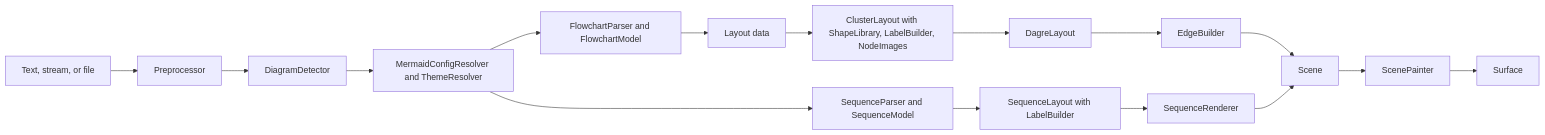
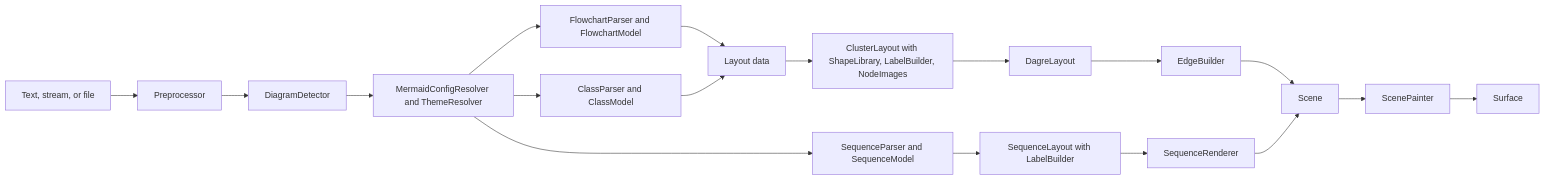
Before and after one commit to demaconsulting/CanvasNet: the diagram in docs/design/canvas-net-mermaid.md, drawn with Mermaid. The commit also changed other lines of this file and 228 other files, not shown here.

First line of the commit message:
Mermaid Phase 2a: native class diagrams (unified renderer + dagre), Viewer, CLI and Pandoc support (#126)

````diff
--- a/docs/design/canvas-net-mermaid.md
+++ b/docs/design/canvas-net-mermaid.md
@@ -163,18 +175,20 @@
 ```mermaid
 flowchart LR
     T[Text, stream, or file] --> P[Preprocessor]
     P --> D[DiagramDetector]
     D --> C[MermaidConfigResolver and ThemeResolver]
     C --> F[FlowchartParser and FlowchartModel]
     F --> L[Layout data]
     L --> R[ClusterLayout with ShapeLibrary, LabelBuilder, NodeImages]
     R --> G[DagreLayout]
     G --> E[EdgeBuilder]
     E --> S[Scene]
     C --> Q[SequenceParser and SequenceModel]
     Q --> Y[SequenceLayout with LabelBuilder]
     Y --> W[SequenceRenderer]
     W --> S
+    C --> K[ClassParser and ClassModel]
+    K --> L
     S --> X[ScenePainter]
     X --> O[Surface]
 ```
````
